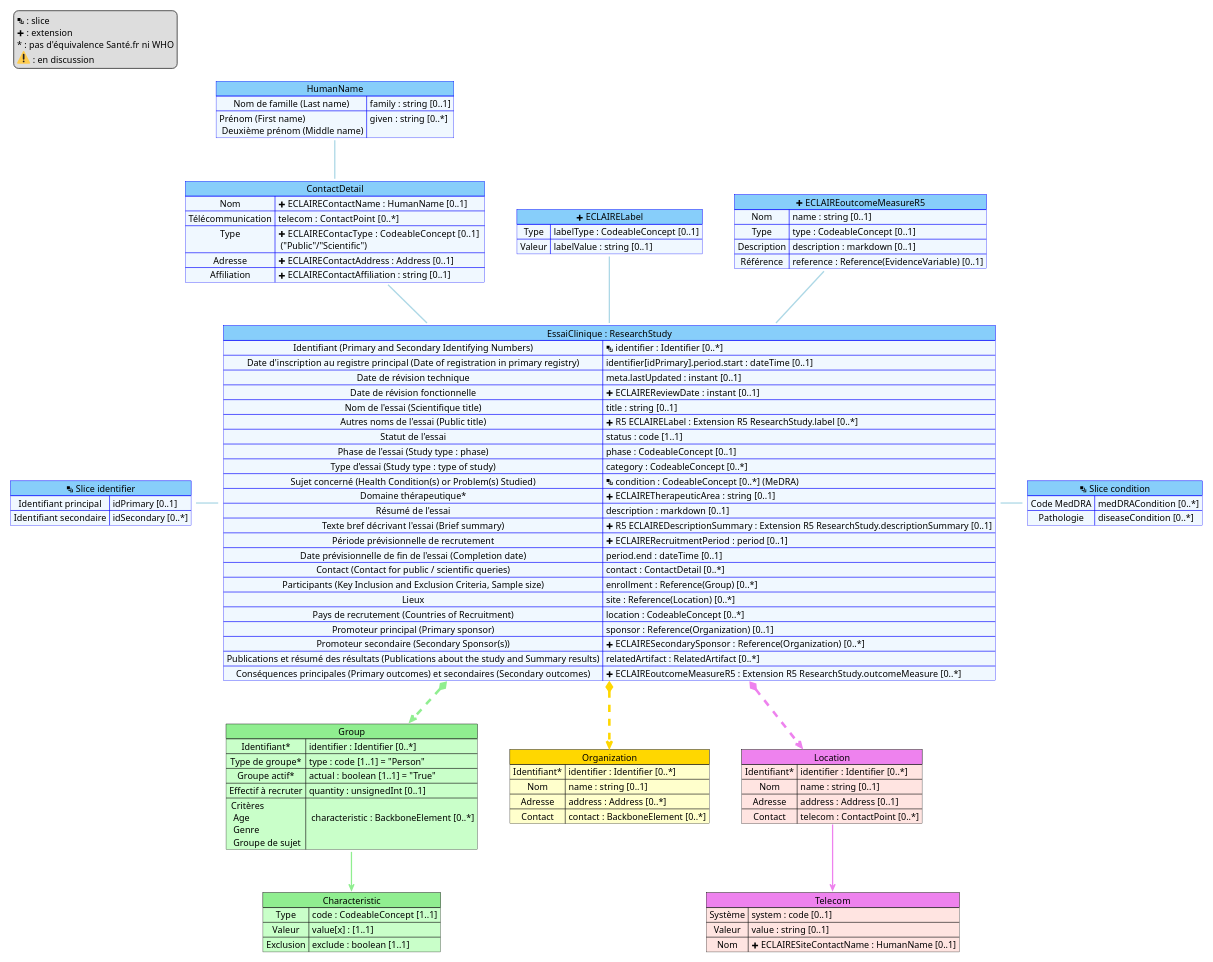
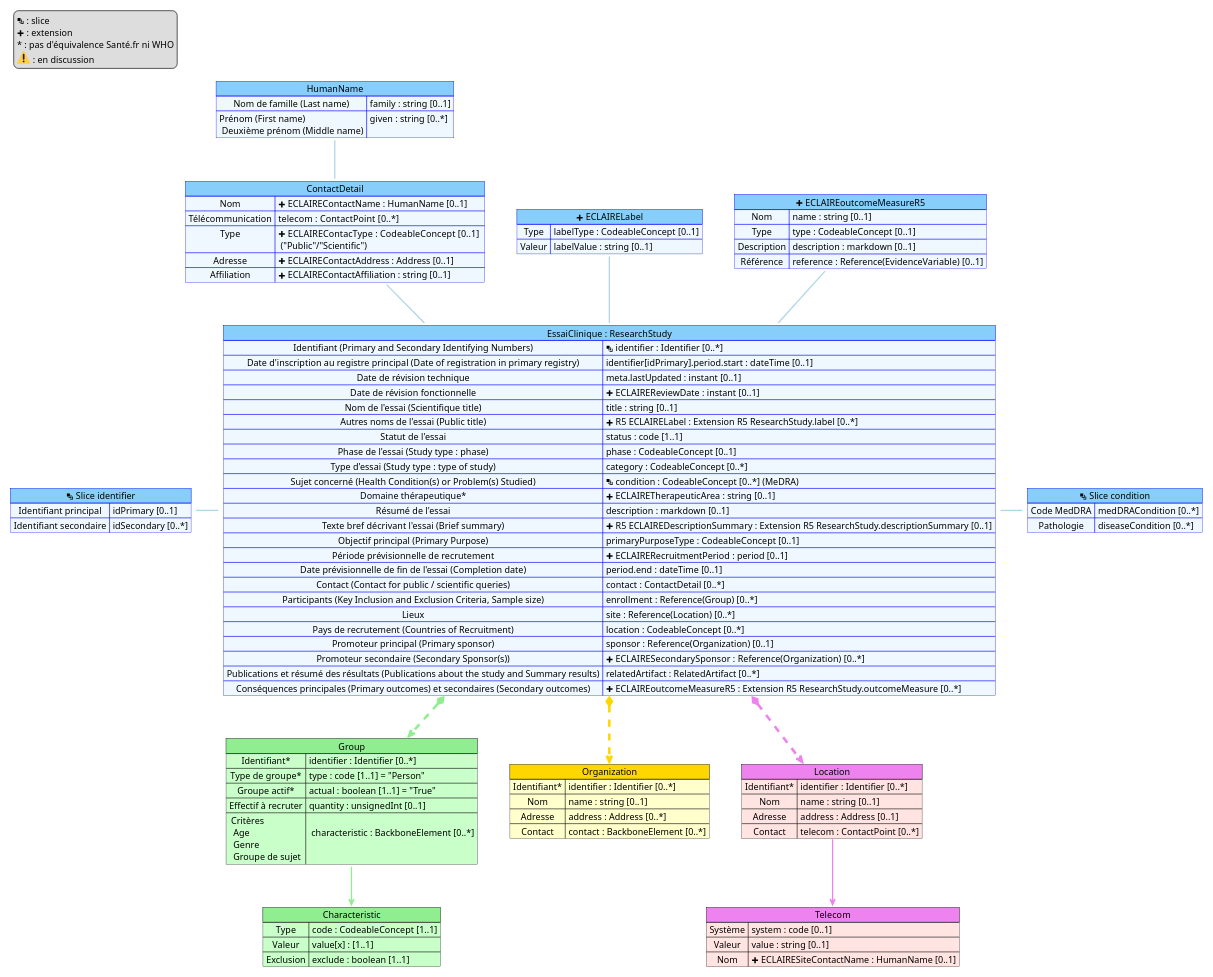
Before and after one commit to ansforge/essais-cliniques: the diagram in input/images-source/mapping.plantuml, drawn with PlantUML.

Commit message:
Maj mapping primaryPurposeType

```diff
--- a/input/images-source/mapping.plantuml
+++ b/input/images-source/mapping.plantuml
@@ -1,126 +1,127 @@
 @startuml mapping
 
 scale 1200 width
 
 map "ContactDetail" as Contact #back:AliceBlue;header:LightSkyBlue;line:blue {
     Nom => name :  string [0..1] 
     Télécommunication => telecom :  ContactPoint [0..*]  
     Type => <&plus> ECLAIREContacType :  CodeableConcept [0..1] \n ("Public"/"Scientific")
     Adresse => <&plus> ECLAIREContactAddress : Address [0..1]
     Affiliation => <&plus> ECLAIREContactAffiliation : string [0..1]
     Nom => <&plus> ECLAIREContactName : HumanName [0..1]
 }
 
 map "HumanName" as slice_name #back:AliceBlue;header:LightSkyBlue;line:blue {
     Nom de famille (Last name) => family : string [0..1]
     Prénom (First name) \n Deuxième prénom (Middle name) => given : string [0..*]
 }
 
 map "<&layers> Slice identifier" as slice_identifier #back:AliceBlue;header:LightSkyBlue;line:blue {
     Identifiant principal => idPrimary [0..1]
     Identifiant secondaire => idSecondary [0..*]
 }
 
 map "<&layers> Slice condition" as slice_condition #back:AliceBlue;header:LightSkyBlue;line:blue {
     Code MedDRA => medDRACondition [0..*]
     Pathologie => diseaseCondition [0..*]
 }
 
 map "<&plus> ECLAIRELabel" as label #back:AliceBlue;header:LightSkyBlue;line:blue {
     Type => labelType : CodeableConcept [0..1]
     Valeur => labelValue : string [0..1]
 }
 
 map "Group" as Group #back:TECHNOLOGY;header:LightGreen {
     Identifiant* => identifier : Identifier [0..*] 
     Type de groupe* => type : code [1..1] = "Person" 
     Groupe actif* => actual : boolean [1..1] = "True"
     Effectif à recruter => quantity : unsignedInt [0..1] 
     Critères \n Age \n Genre \n Groupe de sujet => \n characteristic : BackboneElement [0..*] 
 }
 
 map "Characteristic" as Characteristic #back:TECHNOLOGY;header:LightGreen {
     Type  => code : CodeableConcept [1..1] 
     Valeur => value[x] : [1..1] 
     Exclusion => exclude : boolean [1..1] 
 }
 
 map "Organization" as Organization #back:BUSINESS;header:Gold {
     Identifiant* => identifier : Identifier [0..*] 
     Nom => name : string [0..1] 
     Adresse => address : Address [0..*] 
     Contact => contact : BackboneElement [0..*] 
 }
 
 map "Location" as Location #back:MistyRose;header:Violet {
     Identifiant* => identifier : Identifier [0..*] 
     Nom => name : string [0..1] 
     Adresse => address : Address [0..1] 
     Contact => telecom : ContactPoint [0..*]
 }
 
 map "Telecom" as Telecom #back:MistyRose;header:Violet {
     Système  => system : code [0..1] 
     Valeur => value : string [0..1] 
     Nom => <&plus> ECLAIRESiteContactName : HumanName [0..1] 
 }
 
 map "<&plus> ECLAIREoutcomeMeasureR5" as OM #back:AliceBlue;header:LightSkyBlue;line:blue {
     Nom => name : string [0..1] 
     Type => type : CodeableConcept [0..1] 
     Description => description : markdown [0..1]
     Référence => reference : Reference(EvidenceVariable) [0..1]
 }
 
 map "EssaiClinique : ResearchStudy" as RS #back:AliceBlue;header:LightSkyBlue;line:blue {
     Identifiant (Primary and Secondary Identifying Numbers) => <&layers> identifier : Identifier [0..*]
     Date d'inscription au registre principal (Date of registration in primary registry) => identifier[idPrimary].period.start : dateTime [0..1]  
     Date de révision technique => meta.lastUpdated : instant [0..1]  
     Date de révision fonctionnelle => <&plus> ECLAIREReviewDate : instant [0..1] 
     Nom de l'essai (Scientifique title) => title : string [0..1] 
     Autres noms de l'essai (Public title) => <&plus> R5 ECLAIRELabel : Extension R5 ResearchStudy.label [0..*] 
     Statut de l'essai => status : code [1..1]
     Phase de l'essai (Study type : phase) => phase : CodeableConcept [0..1] 
     Type d'essai (Study type : type of study) => category : CodeableConcept [0..*] 
     Sujet concerné (Health Condition(s) or Problem(s) Studied) => <&layers> condition : CodeableConcept [0..*] (MeDRA) 
     Domaine thérapeutique* => <&plus> ECLAIRETherapeuticArea : string [0..1] 
     Résumé de l'essai => description : markdown [0..1] 
     Texte bref décrivant l'essai (Brief summary) => <&plus> R5 ECLAIREDescriptionSummary : Extension R5 ResearchStudy.descriptionSummary [0..1]
+    Objectif principal (Primary Purpose) => primaryPurposeType : CodeableConcept [0..1]
     Période prévisionnelle de recrutement => <&plus> ECLAIRERecruitmentPeriod : period [0..1]  
     Date prévisionnelle de fin de l'essai (Completion date) => period.end : dateTime [0..1]
     Contact (Contact for public / scientific queries) => contact : ContactDetail [0..*] 
     Participants (Key Inclusion and Exclusion Criteria, Sample size) => enrollment : Reference(Group) [0..*] 
     Lieux => site : Reference(Location) [0..*] 
     Pays de recrutement (Countries of Recruitment) => location : CodeableConcept [0..*]
     Promoteur principal (Primary sponsor) => sponsor : Reference(Organization) [0..1]  
     Promoteur secondaire (Secondary Sponsor(s)) => <&plus> ECLAIRESecondarySponsor  : Reference(Organization) [0..*]  
     Publications et résumé des résultats (Publications about the study and Summary results) => relatedArtifact : RelatedArtifact [0..*]
     Conséquences principales (Primary outcomes) et secondaires (Secondary outcomes)  => <&plus> ECLAIREoutcomeMeasureR5 : Extension R5 ResearchStudy.outcomeMeasure [0..*] 
 }
 
 
 RS *-[#Violet,dashed,thickness=4]-> Location
 RS *-[#LightGreen,dashed,thickness=4]-> Group 
 RS *-[#Gold,dashed,thickness=4]-> Organization
 
 slice_identifier -[#lightBlue,thickness=2] RS
 RS -[#lightBlue,thickness=2] slice_condition
 Contact --[#lightBlue,thickness=2] RS
 label --[#lightBlue,thickness=2] RS
 slice_name --[#lightBlue,thickness=2] Contact
 OM --[#lightBlue,thickness=2] RS
 
 Group -[hidden] Organization
 
 Group::Critères --[#LightGreen,thickness=2]> Characteristic
 Location::Contact --[#Violet,thickness=2]> Telecom
 
 
 legend top left
   <&layers> : slice
   <&plus> : extension
   ~* : pas d'équivalence Santé.fr ni WHO
   <:warning:> : en discussion
 endlegend
 
 @enduml
```
